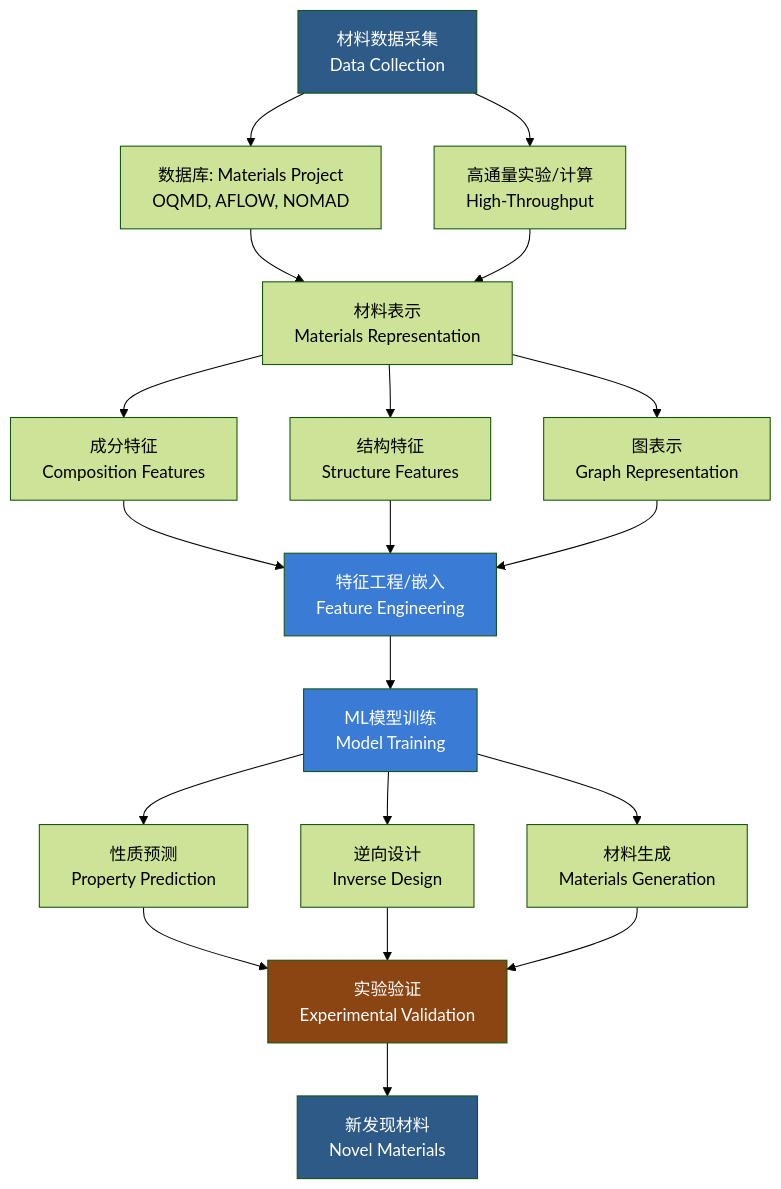
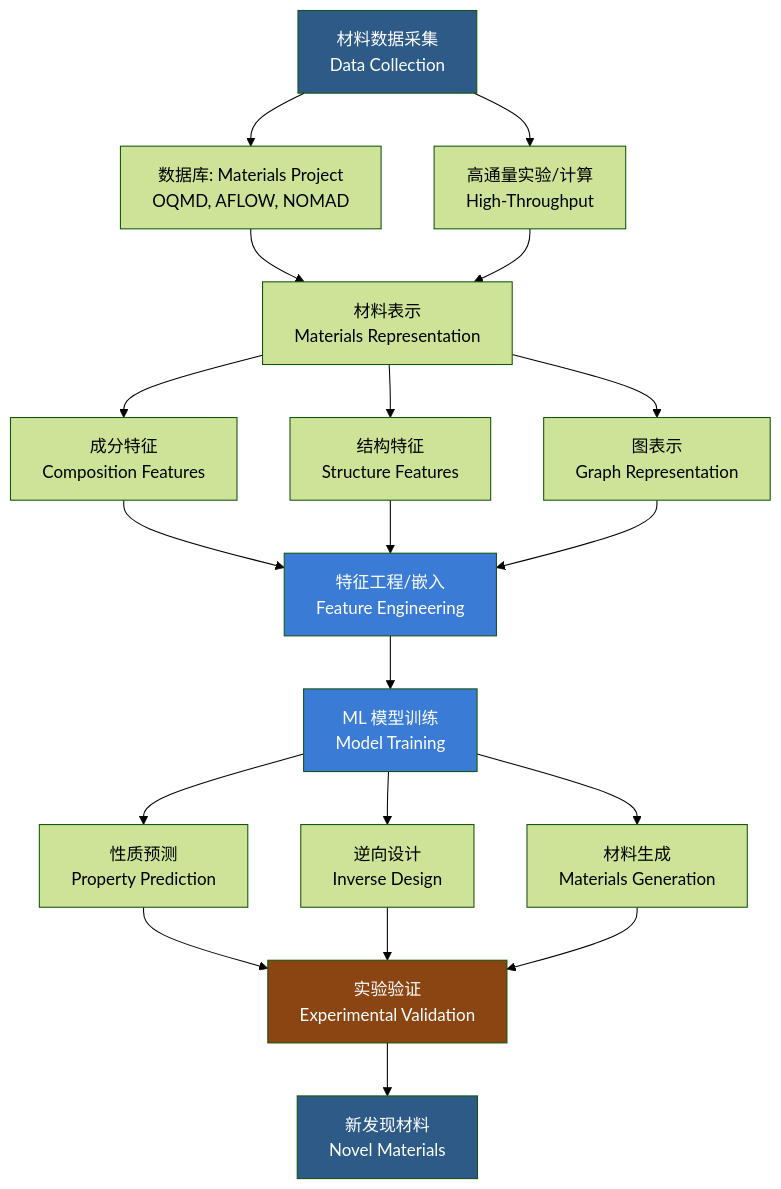
The diagram in 07_InterdisciplinarySciences/MaterialsInformatics/MachineLearningForMaterials.md (Tianshang301/TianshangKnowledgeBase), drawn with Mermaid (forest theme) before and after one commit. The commit also changed other lines of this file and 2257 other files, not shown here.

````diff
--- a/07_InterdisciplinarySciences/MaterialsInformatics/MachineLearningForMaterials.md
+++ b/07_InterdisciplinarySciences/MaterialsInformatics/MachineLearningForMaterials.md
@@ -14,26 +16,26 @@
 ```mermaid
 graph TD
   A["材料数据采集<br/>Data Collection"] --> B["数据库: Materials Project<br/>OQMD, AFLOW, NOMAD"]
   A --> C["高通量实验/计算<br/>High-Throughput"]
   B --> D["材料表示<br/>Materials Representation"]
   C --> D
   D --> E["成分特征<br/>Composition Features"]
   D --> F["结构特征<br/>Structure Features"]
   D --> G["图表示<br/>Graph Representation"]
   E --> H["特征工程/嵌入<br/>Feature Engineering"]
   F --> H
   G --> H
-  H --> I["ML模型训练<br/>Model Training"]
+  H --> I["ML 模型训练<br/>Model Training"]
   I --> J["性质预测<br/>Property Prediction"]
   I --> K["逆向设计<br/>Inverse Design"]
   I --> L["材料生成<br/>Materials Generation"]
   J --> M["实验验证<br/>Experimental Validation"]
   K --> M
   L --> M
   M --> N["新发现材料<br/>Novel Materials"]
   style A fill:#2d5a87,color:#fff
   style H fill:#3a7bd5,color:#fff
   style I fill:#3a7bd5,color:#fff
   style M fill:#8b4513,color:#fff
   style N fill:#2d5a87,color:#fff
 ```
````
